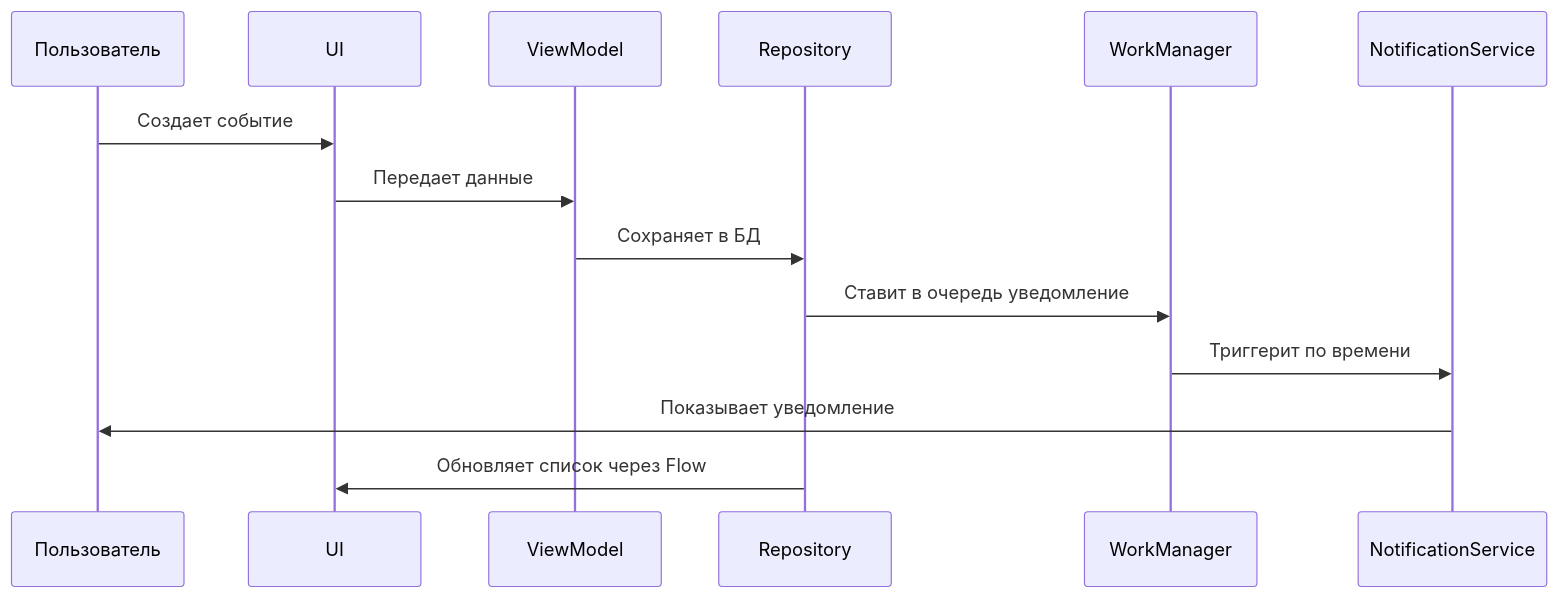
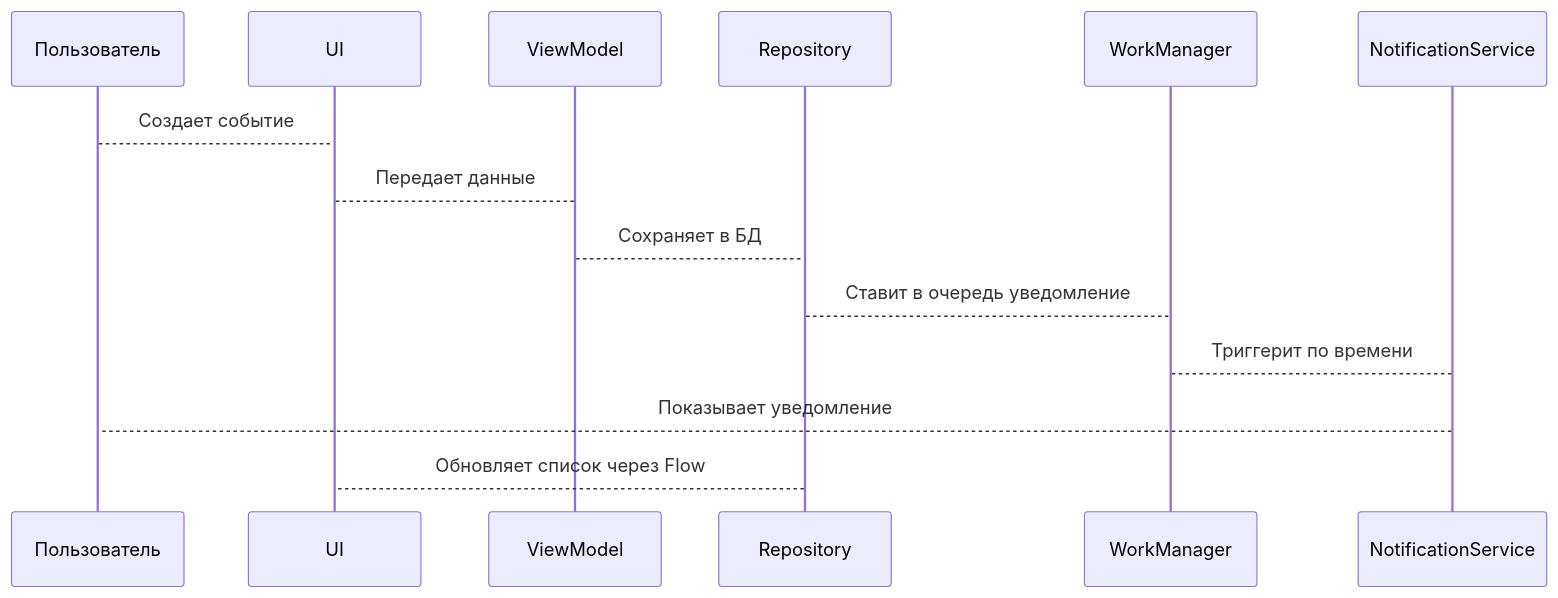
One commit to Phdima/ScheduleAPP changed the diagram in README.md. Above: the diagram before and after it, drawn with Mermaid.

````diff
--- a/README.md
+++ b/README.md
@@ -38,10 +38,10 @@
 ```mermaid
 sequenceDiagram
-    Пользователь->>UI: Создает событие
-    UI->>ViewModel: Передает данные
-    ViewModel->>Repository: Сохраняет в БД
-    Repository->>WorkManager: Ставит в очередь уведомление
-    WorkManager->>NotificationService: Триггерит по времени
-    NotificationService->>Пользователь: Показывает уведомление
-    Repository->>UI: Обновляет список через Flow
+    Пользователь-->UI: Создает событие
+    UI-->ViewModel: Передает данные
+    ViewModel-->Repository: Сохраняет в БД
+    Repository-->WorkManager: Ставит в очередь уведомление
+    WorkManager-->NotificationService: Триггерит по времени
+    NotificationService-->Пользователь: Показывает уведомление
+    Repository-->UI: Обновляет список через Flow
 ```
````
